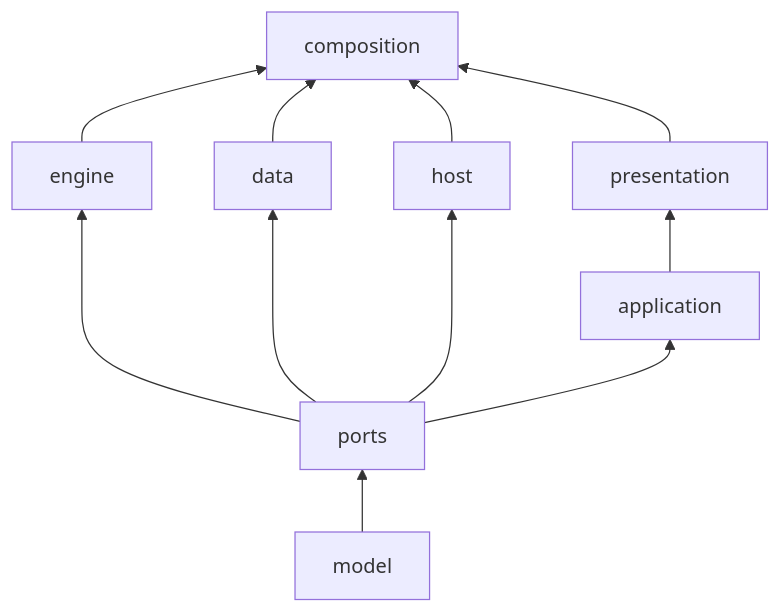
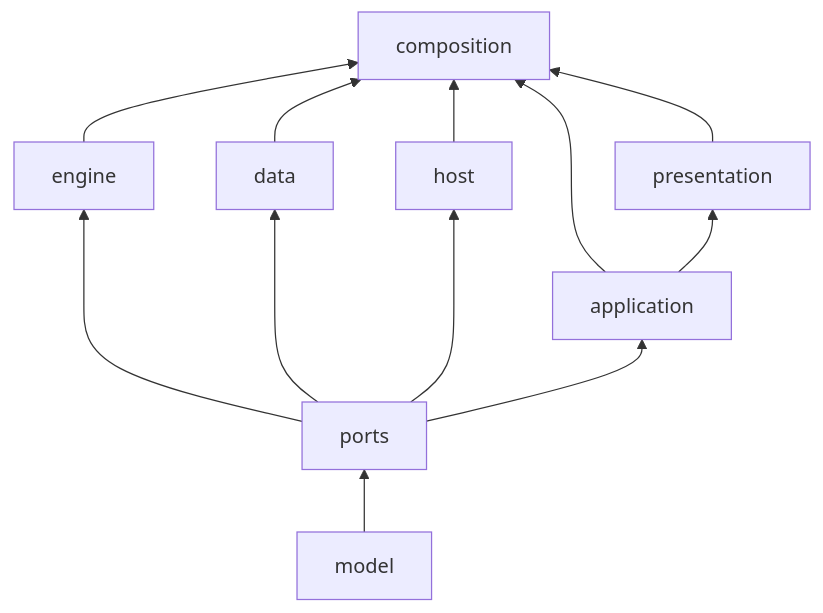
Before and after one commit to cgutieco/pseudolearn: the second of 3 diagrams in apps/pseudolearn_app/README.md, drawn with Mermaid. The commit also changed other lines of this file and 4 other files, not shown here.

````diff
--- a/apps/pseudolearn_app/README.md
+++ b/apps/pseudolearn_app/README.md
@@ -72,13 +37,14 @@
 ```mermaid
 flowchart BT
     model["model"] --> ports["ports"]
     ports --> engine["engine"]
     ports --> data["data"]
     ports --> host["host"]
     ports --> application["application"]
     application --> presentation["presentation"]
     engine --> composition["composition"]
     data --> composition
     host --> composition
+    application --> composition
     presentation --> composition
 ```
````
